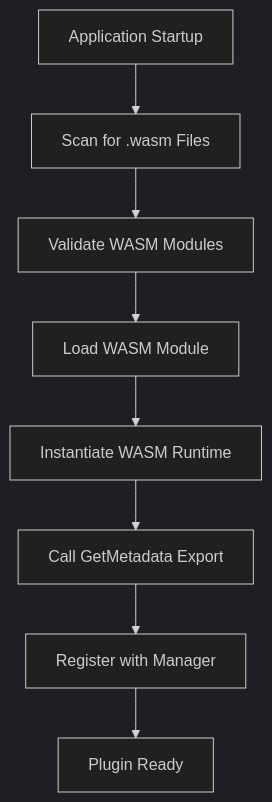
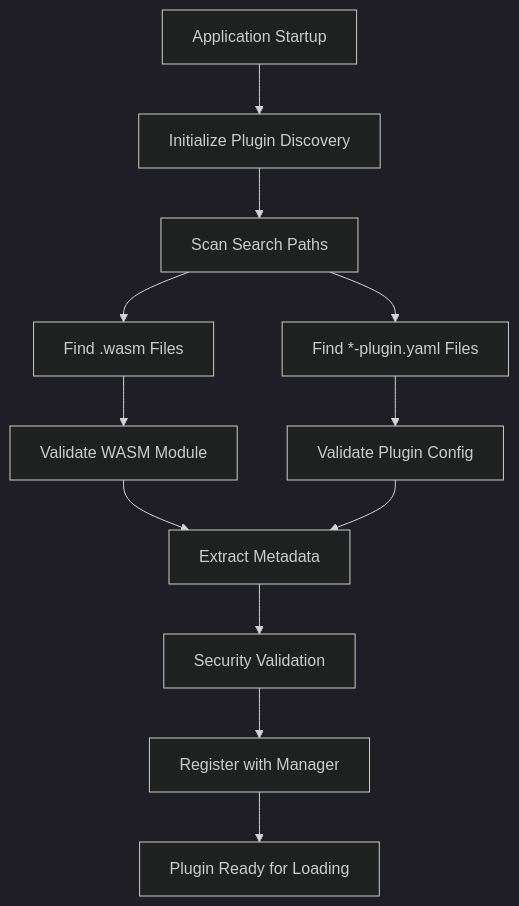
One commit to dtomasi/k1s changed the sixth of 9 diagrams in docs/Controller-Plugin-Architecture.md. Above: the diagram before and after it, drawn with Mermaid (dark theme). The commit also changed other lines of this file and 6 other files, not shown here.

Commit message:
chore: update architecture docs

````diff
--- a/docs/Controller-Plugin-Architecture.md
+++ b/docs/Controller-Plugin-Architecture.md
@@ -242,11 +288,17 @@
 ```mermaid
 graph TD
-    A[Application Startup] --> B[Scan for .wasm Files]
-    B --> C[Validate WASM Modules]
-    C --> D[Load WASM Module]
+    A[Application Startup] --> B[Initialize Plugin Discovery]
+    B --> C[Scan Search Paths]
+    C --> D[Find .wasm Files]
+    C --> E[Find *-plugin.yaml Files]
     
-    D --> E[Instantiate WASM Runtime]
-    E --> F[Call GetMetadata Export]
-    F --> G[Register with Manager]
-    G --> H[Plugin Ready]
+    D --> F[Validate WASM Module]
+    E --> G[Validate Plugin Config]
+    
+    F --> H[Extract Metadata]
+    G --> H
+    
+    H --> I[Security Validation]
+    I --> J[Register with Manager]
+    J --> K[Plugin Ready for Loading]
 ```
````
